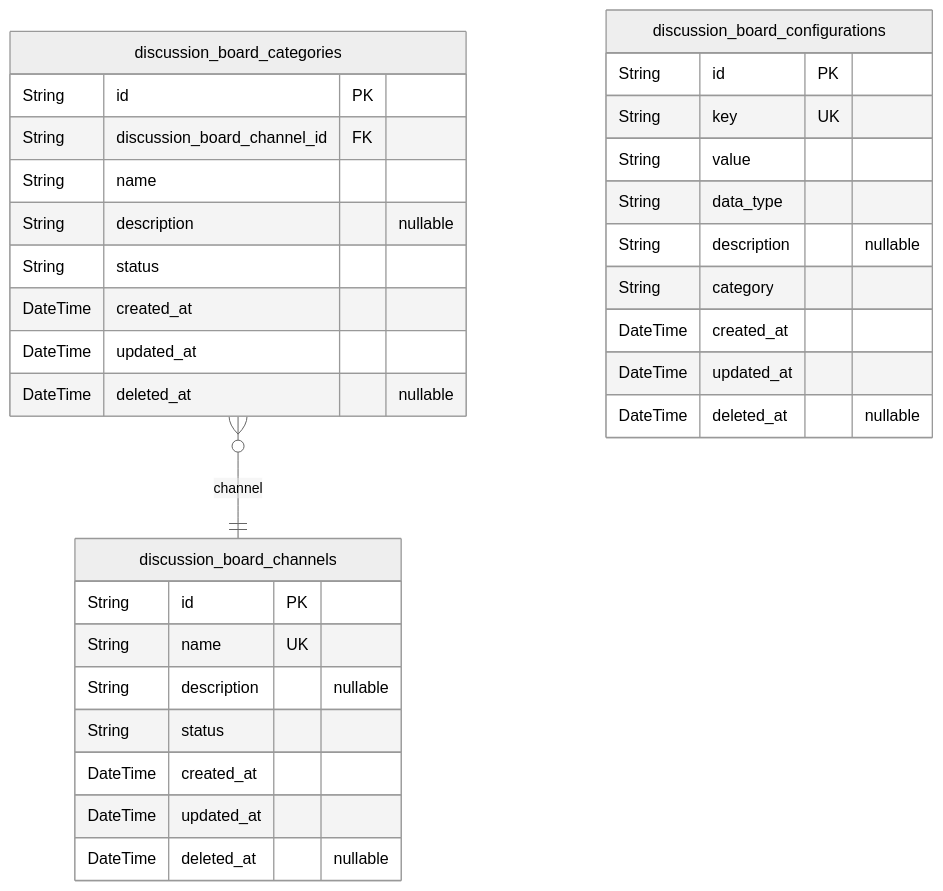
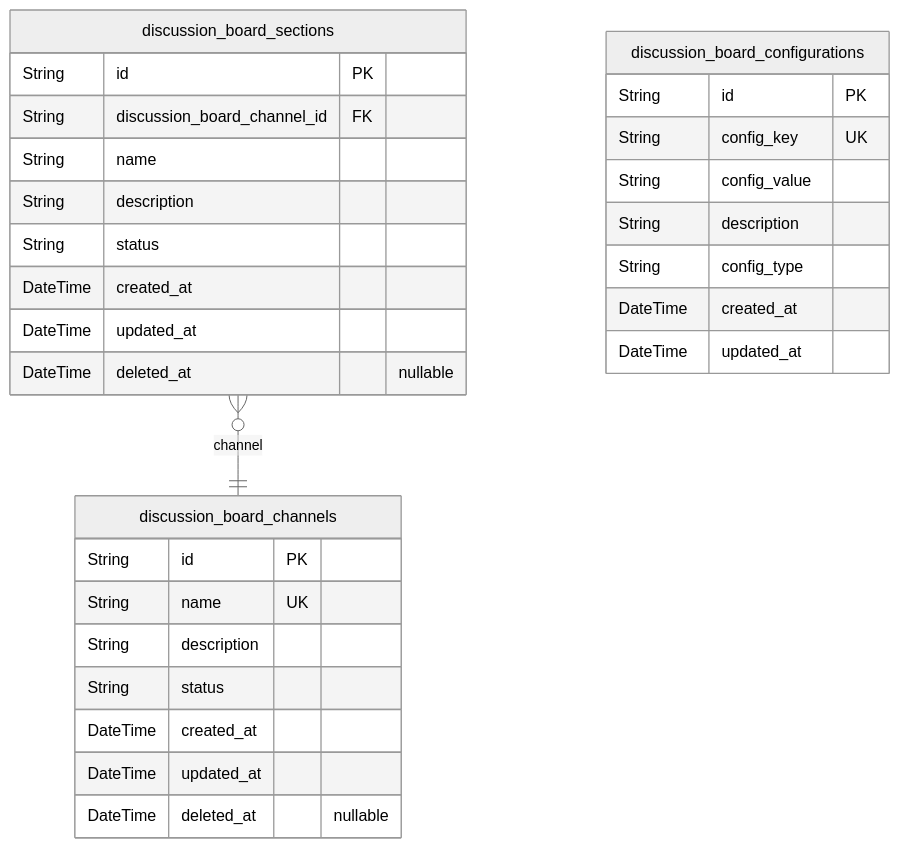
Before and after one commit to wrtnlabs/autobe-examples: the first of 8 diagrams in deepseek/deepseek-v3.1-terminus-exacto/bbs/docs/ERD.md, drawn with Mermaid (neutral theme). The commit also changed other lines of this file and 3569 other files, not shown here.

````diff
--- a/deepseek/deepseek-v3.1-terminus-exacto/bbs/docs/ERD.md
+++ b/deepseek/deepseek-v3.1-terminus-exacto/bbs/docs/ERD.md
@@ -14,34 +16,32 @@
 ```mermaid
 erDiagram
 "discussion_board_channels" {
   String id PK
   String name UK
-  String description "nullable"
+  String description
   String status
   DateTime created_at
   DateTime updated_at
   DateTime deleted_at "nullable"
 }
-"discussion_board_categories" {
+"discussion_board_sections" {
   String id PK
   String discussion_board_channel_id FK
   String name
-  String description "nullable"
+  String description
   String status
   DateTime created_at
   DateTime updated_at
   DateTime deleted_at "nullable"
 }
 "discussion_board_configurations" {
   String id PK
-  String key UK
-  String value
-  String data_type
-  String description "nullable"
-  String category
+  String config_key UK
+  String config_value
+  String description
+  String config_type
   DateTime created_at
   DateTime updated_at
-  DateTime deleted_at "nullable"
 }
-"discussion_board_categories" }o--|| "discussion_board_channels" : channel
+"discussion_board_sections" }o--|| "discussion_board_channels" : channel
 ```
````
